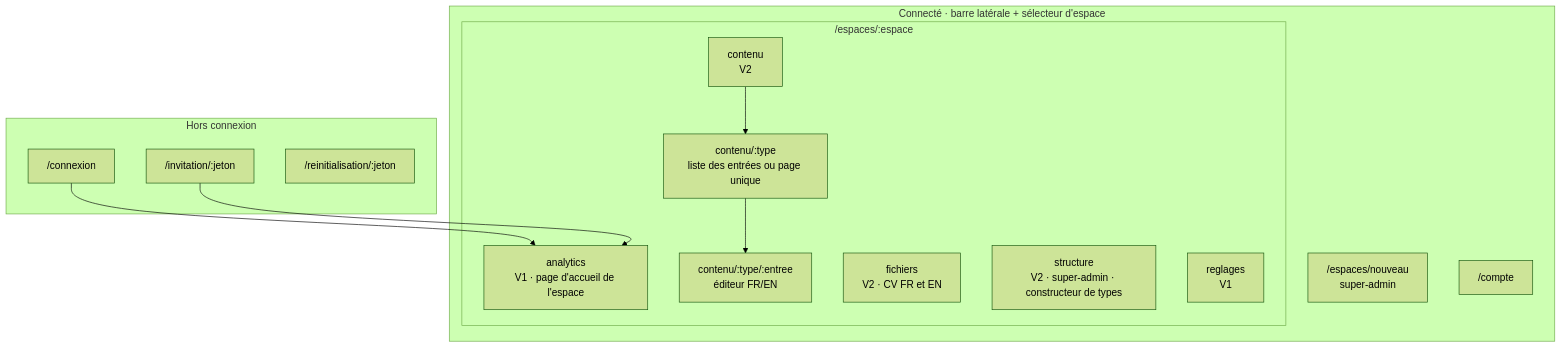
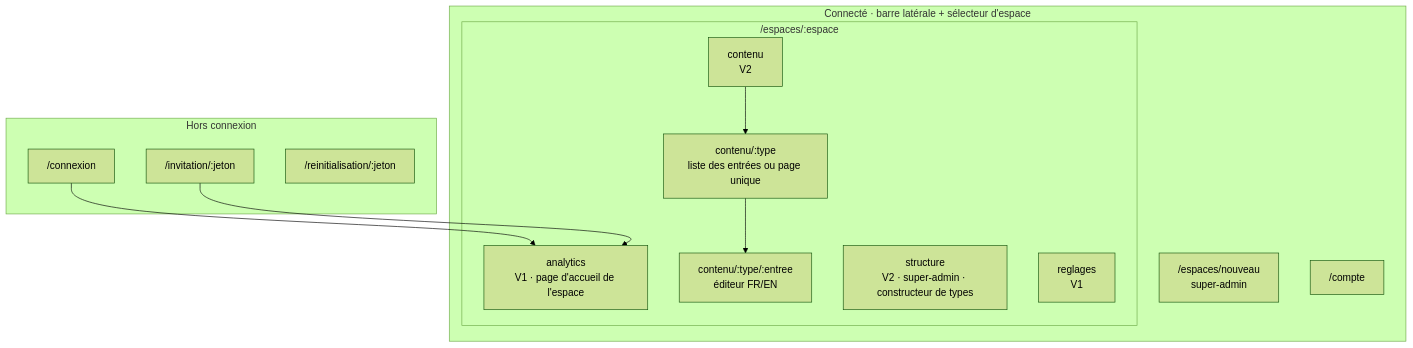
Before and after one commit to K0Konut/Headless_CMS: the first of 5 diagrams in docs/04-architecture-contenu-ux.md, drawn with Mermaid (forest theme). The commit also changed other lines of this file and 1 other file, not shown here.

````diff
--- a/docs/04-architecture-contenu-ux.md
+++ b/docs/04-architecture-contenu-ux.md
@@ -20,23 +20,22 @@
 ```mermaid
 flowchart TD
     subgraph Public["Hors connexion"]
         L["/connexion"]
         I["/invitation/:jeton"]
         R["/reinitialisation/:jeton"]
     end
     subgraph App["Connecté · barre latérale + sélecteur d'espace"]
         N["/espaces/nouveau<br/>super-admin"]
         subgraph E["/espaces/:espace"]
             A["analytics<br/>V1 · page d'accueil de l'espace"]
             C["contenu<br/>V2"]
             C --> CT["contenu/:type<br/>liste des entrées ou page unique"]
             CT --> CE["contenu/:type/:entree<br/>éditeur FR/EN"]
-            F["fichiers<br/>V2 · CV FR et EN"]
             S["structure<br/>V2 · super-admin · constructeur de types"]
             G["reglages<br/>V1"]
         end
         K["/compte"]
     end
     L --> A
     I --> A
 ```
````
